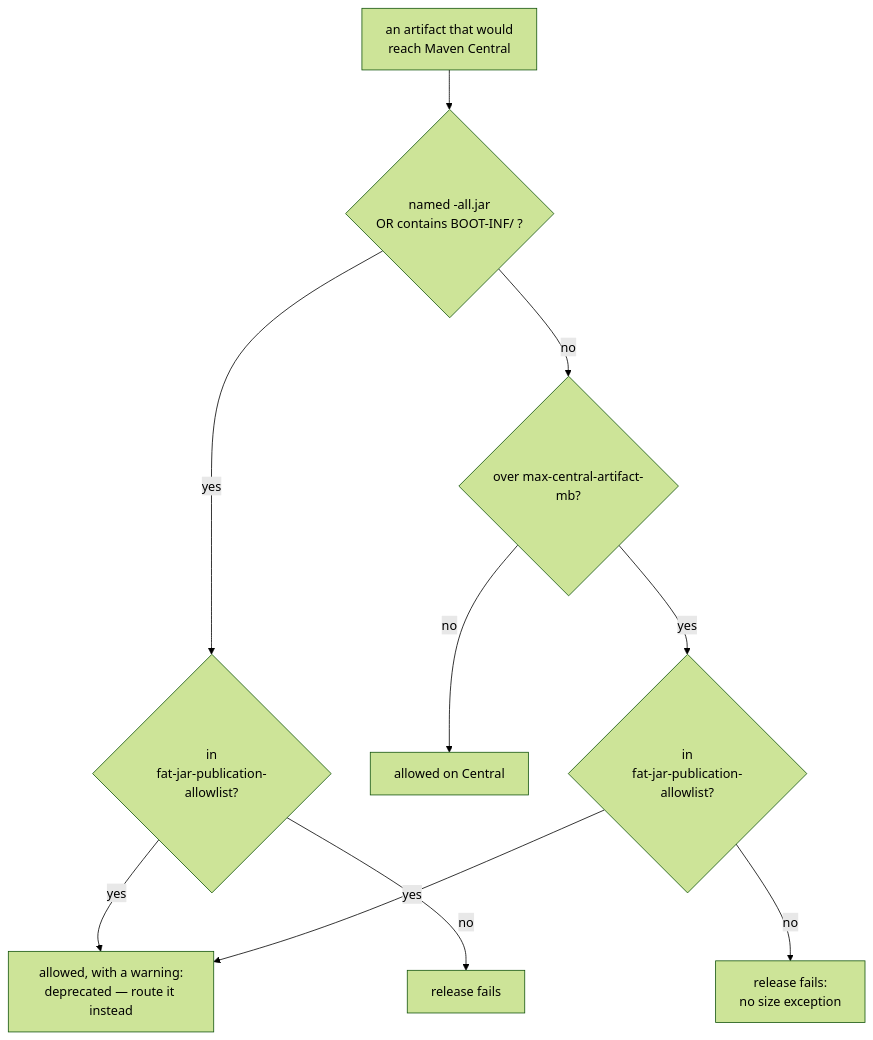
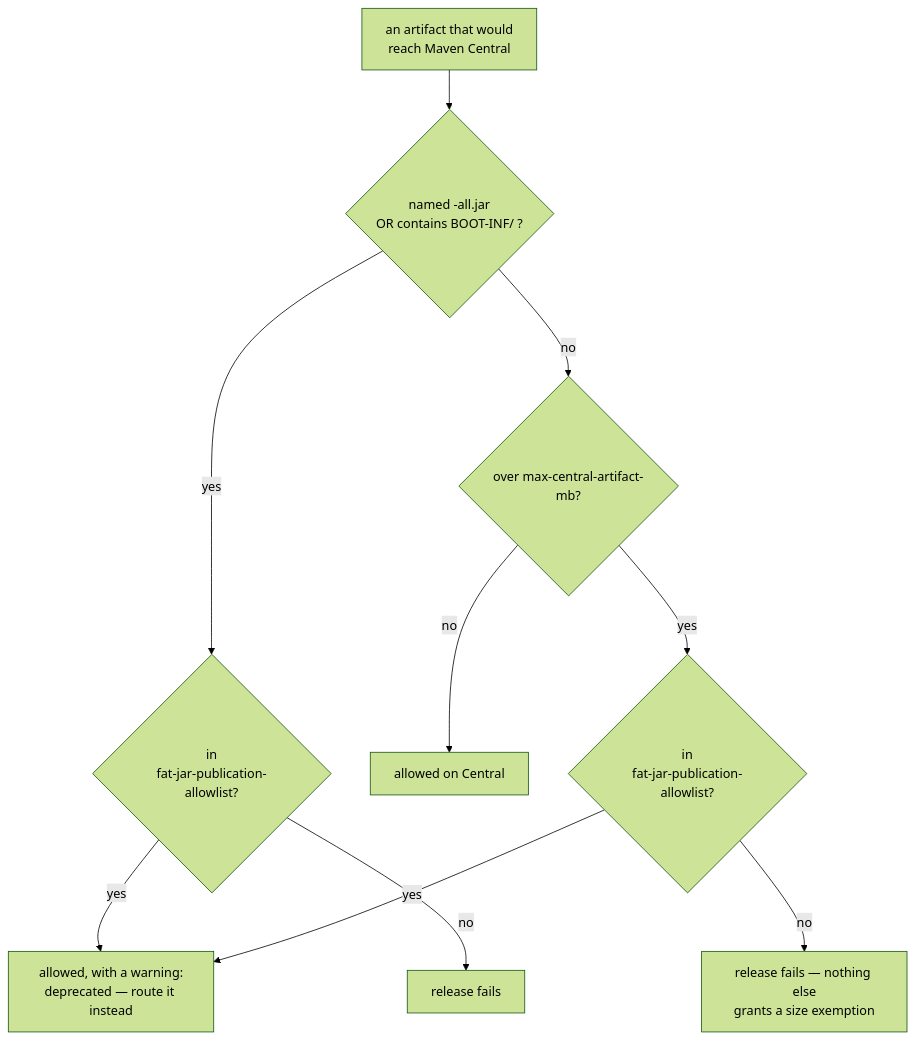
Before and after one commit to octopusden/octopus-base: the first of 2 diagrams in docs/Octopus Developer Guide.md, drawn with Mermaid (forest theme). The commit also changed other lines of this file and 6 other files, not shown here.

First line of the commit message:
docs(release): call the exception-free ceiling the target, not today's state

````diff
--- a/docs/Octopus Developer Guide.md
+++ b/docs/Octopus Developer Guide.md
@@ -277,12 +277,12 @@
 ```mermaid
 flowchart TD
     A["an artifact that would<br/>reach Maven Central"] --> K1{"named -all.jar<br/>OR contains BOOT-INF/ ?"}
     K1 -->|yes| EXF{"in<br/>fat-jar-publication-allowlist?"}
     EXF -->|yes| WARN["allowed, with a warning:<br/>deprecated — route it instead"]
     EXF -->|no| FAILF["release fails"]
     K1 -->|no| K2{"over max-central-artifact-mb?"}
     K2 -->|no| OK["allowed on Central"]
     K2 -->|yes| EXF2{"in<br/>fat-jar-publication-allowlist?"}
     EXF2 -->|yes| WARN
-    EXF2 -->|no| FAILO["release fails:<br/>no size exception"]
+    EXF2 -->|no| FAILO["release fails — nothing else<br/>grants a size exemption"]
 ```
````
